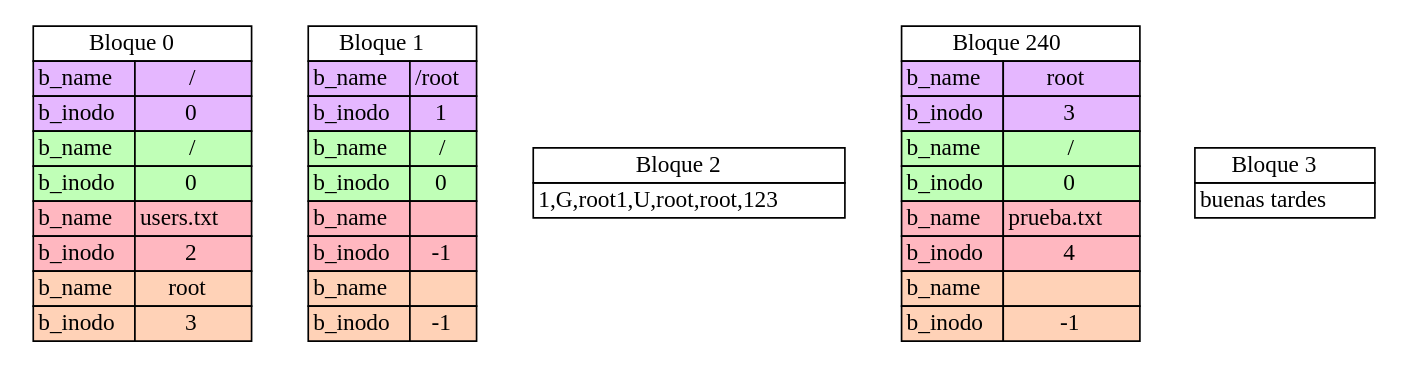
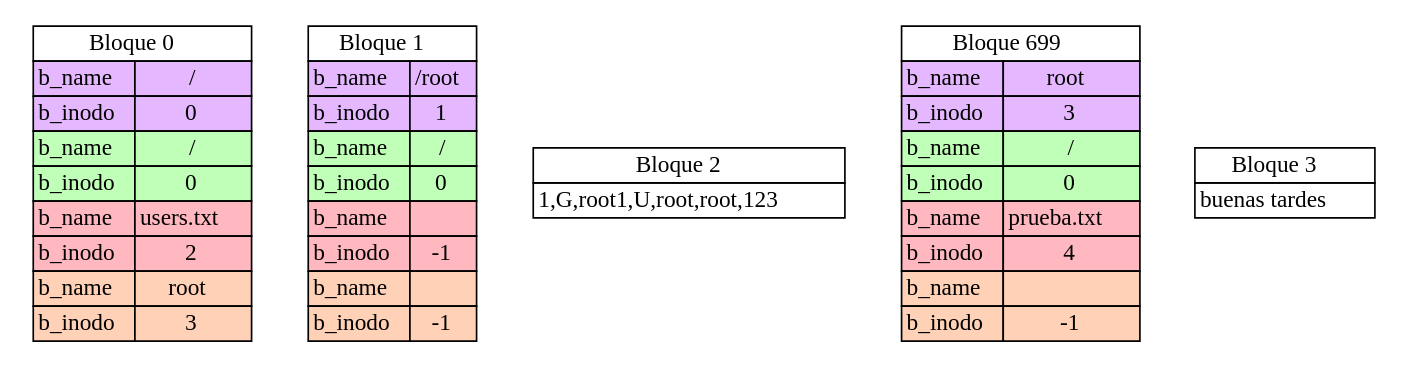
Before and after one commit to RojasCJP/Archivos_Practica1: the diagram in cmake-build-debug/report_blocks.dot, drawn with Graphviz. The commit also changed 29 other files, not shown here.

```diff
--- a/cmake-build-debug/report_blocks.dot
+++ b/cmake-build-debug/report_blocks.dot
@@ -1,56 +1,56 @@
 digraph di{
 b_0[ shape=plaintext label=< 
 <table border='0' cellborder='1' cellspacing='0'>
 <tr><td port="0" colspan="3">Bloque 0</td></tr>
 <tr><td bgcolor="#e5b7ff">b_name</td><td bgcolor="#e5b7ff" >/</td></tr>
 <tr><td bgcolor="#e5b7ff">b_inodo</td><td bgcolor="#e5b7ff">0</td></tr>
 <tr><td bgcolor="#c0ffb7">b_name</td><td bgcolor="#c0ffb7" >/</td></tr>
 <tr><td bgcolor="#c0ffb7">b_inodo</td><td bgcolor="#c0ffb7">0</td></tr>
 <tr><td bgcolor="#ffb7c0">b_name</td><td bgcolor="#ffb7c0" port="ib208">users.txt</td></tr>
 <tr><td bgcolor="#ffb7c0">b_inodo</td><td bgcolor="#ffb7c0">2</td></tr>
 <tr><td bgcolor="#ffd2b7">b_name</td><td bgcolor="#ffd2b7" port="ib312">root</td></tr>
 <tr><td bgcolor="#ffd2b7">b_inodo</td><td bgcolor="#ffd2b7">3</td></tr>
 </table>
 >];
 b_1[ shape=plaintext label=< 
 <table border='0' cellborder='1' cellspacing='0'>
 <tr><td port="208" colspan="3">Bloque 1</td></tr>
 <tr><td bgcolor="#e5b7ff">b_name</td><td bgcolor="#e5b7ff" >/root</td></tr>
 <tr><td bgcolor="#e5b7ff">b_inodo</td><td bgcolor="#e5b7ff">1</td></tr>
 <tr><td bgcolor="#c0ffb7">b_name</td><td bgcolor="#c0ffb7" port="ib0">/</td></tr>
 <tr><td bgcolor="#c0ffb7">b_inodo</td><td bgcolor="#c0ffb7">0</td></tr>
 <tr><td bgcolor="#ffb7c0">b_name</td><td bgcolor="#ffb7c0" ></td></tr>
 <tr><td bgcolor="#ffb7c0">b_inodo</td><td bgcolor="#ffb7c0">-1</td></tr>
 <tr><td bgcolor="#ffd2b7">b_name</td><td bgcolor="#ffd2b7" ></td></tr>
 <tr><td bgcolor="#ffd2b7">b_inodo</td><td bgcolor="#ffd2b7">-1</td></tr>
 </table>
 >];
 b_2[ shape=plaintext label=< 
 <table border='0' cellborder='1' cellspacing='0'>
 <tr><td port="416">Bloque 2</td></tr>
 <tr><td>1,G,root
 1,U,root,root,123
 </td></tr>
 </table>
 >];
-b_240[ shape=plaintext label=< 
+b_699[ shape=plaintext label=< 
 <table border='0' cellborder='1' cellspacing='0'>
-<tr><td port="25272" colspan="3">Bloque 240</td></tr>
+<tr><td port="73008" colspan="3">Bloque 699</td></tr>
 <tr><td bgcolor="#e5b7ff">b_name</td><td bgcolor="#e5b7ff" >root</td></tr>
 <tr><td bgcolor="#e5b7ff">b_inodo</td><td bgcolor="#e5b7ff">3</td></tr>
 <tr><td bgcolor="#c0ffb7">b_name</td><td bgcolor="#c0ffb7" port="ib0">/</td></tr>
 <tr><td bgcolor="#c0ffb7">b_inodo</td><td bgcolor="#c0ffb7">0</td></tr>
 <tr><td bgcolor="#ffb7c0">b_name</td><td bgcolor="#ffb7c0" port="ib416">prueba.txt</td></tr>
 <tr><td bgcolor="#ffb7c0">b_inodo</td><td bgcolor="#ffb7c0">4</td></tr>
 <tr><td bgcolor="#ffd2b7">b_name</td><td bgcolor="#ffd2b7" ></td></tr>
 <tr><td bgcolor="#ffd2b7">b_inodo</td><td bgcolor="#ffd2b7">-1</td></tr>
 </table>
 >];
 b_3[ shape=plaintext label=< 
 <table border='0' cellborder='1' cellspacing='0'>
 <tr><td port="728">Bloque 3</td></tr>
 <tr><td>buenas tardes
 </td></tr>
 </table>
 >];
 }
```
